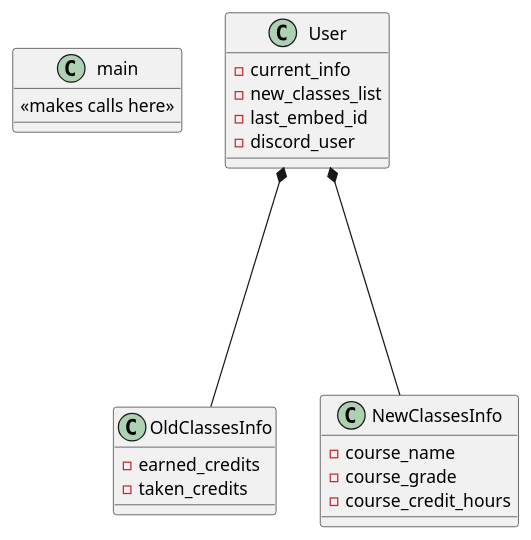
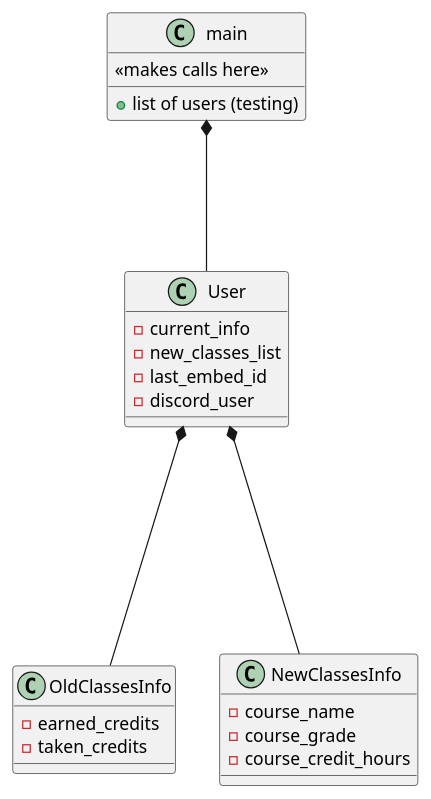
The diagram in Project Diagram/UML.puml (pedrofcarvalho/UCFCalculator), drawn with PlantUML before and after one commit.

Commit message:
Classes Design Update

```diff
--- a/Project Diagram/UML.puml
+++ b/Project Diagram/UML.puml
@@ -1,38 +1,40 @@
 @startuml
 
 class main
 {
     << makes calls here >>
+    + list of users (testing)
 }
 
 class OldClassesInfo
 {
     ' GPA calculation model is (earned_credits / taken_credits)
 
     ' the number of grades to be divided
     - earned_credits
     ' the number of credits to divide by
     - taken_credits
 }
 
 class NewClassesInfo
 {
     ' the list of classes added to the user (another class)
     - course_name
     - course_grade
     - course_credit_hours
 }
 
 class User
 {
     - current_info
     - new_classes_list
     - last_embed_id
     - discord_user
 }
 
 ' relates User with other classes
 User *-down--- OldClassesInfo
 User *-down--- NewClassesInfo
+main *-down-- User
 
 @enduml
```
